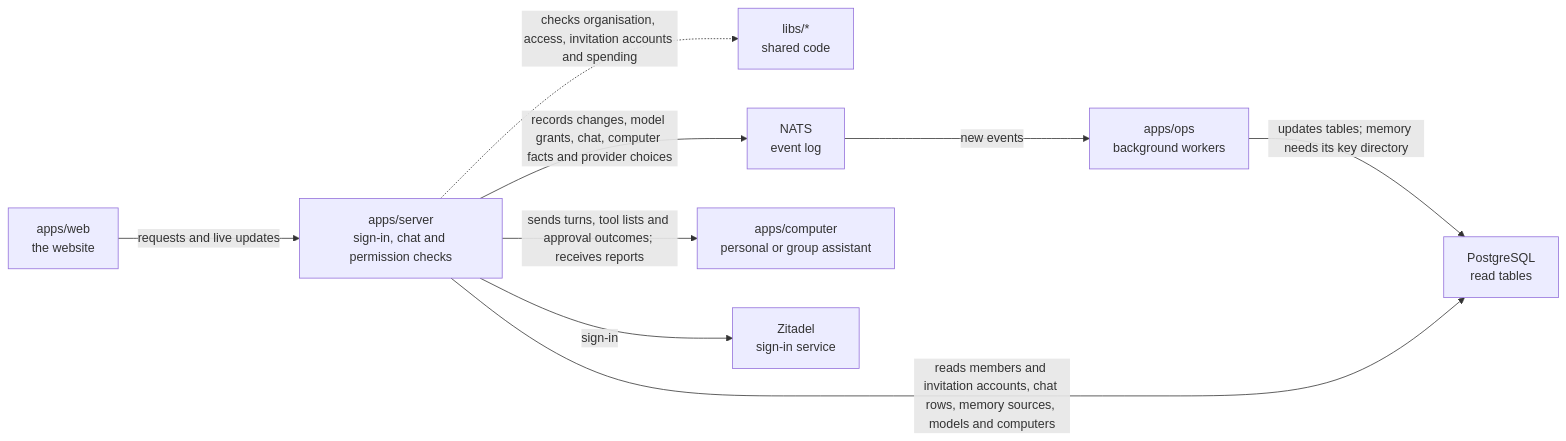
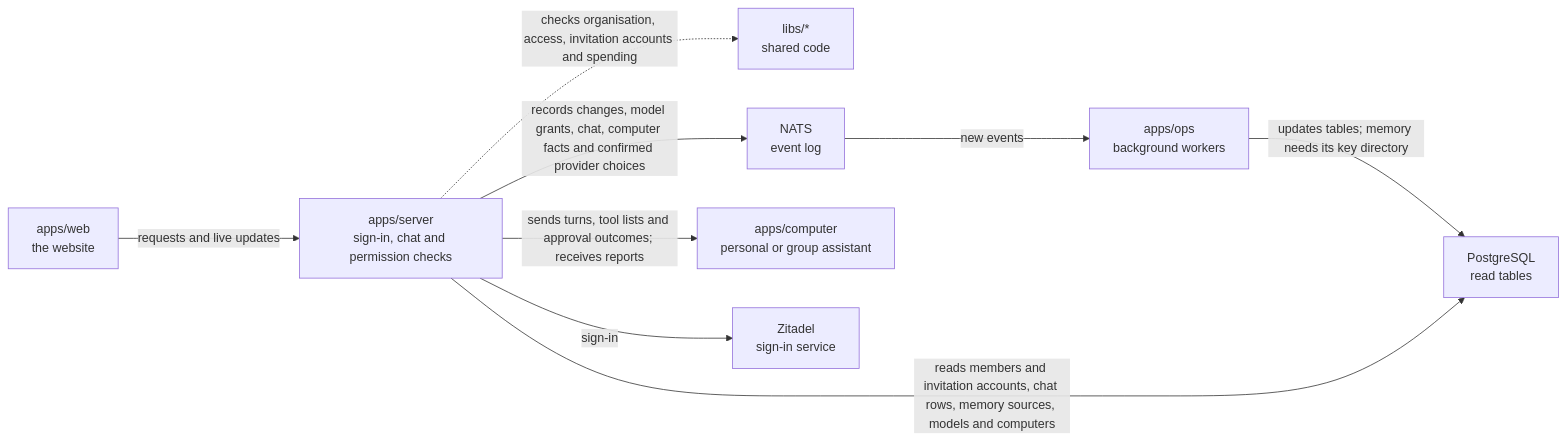
Before and after one commit to elewa-git/opencrane-new: the diagram in apps/server/README.md, drawn with Mermaid. The commit also changed other lines of this file and 7 other files, not shown here.

````diff
--- a/apps/server/README.md
+++ b/apps/server/README.md
@@ -11,11 +11,11 @@
 ```mermaid
 flowchart LR
   web["apps/web<br/>the website"] -->|requests and live updates| server["apps/server<br/>sign-in, chat and permission checks"]
   server -.->|checks organisation, access, invitation accounts and spending| libs["libs/*<br/>shared code"]
-  server -->|records changes, model grants, chat, computer facts and provider choices| nats["NATS<br/>event log"]
+  server -->|records changes, model grants, chat, computer facts and confirmed provider choices| nats["NATS<br/>event log"]
   nats -->|new events| ops["apps/ops<br/>background workers"]
   ops -->|updates tables; memory needs its key directory| postgres["PostgreSQL<br/>read tables"]
   server -->|reads members and invitation accounts, chat rows, memory sources, models and computers| postgres
   server -->|sends turns, tool lists and approval outcomes; receives reports| computer["apps/computer<br/>personal or group assistant"]
   server -->|sign-in| zitadel["Zitadel<br/>sign-in service"]
 ```
````
